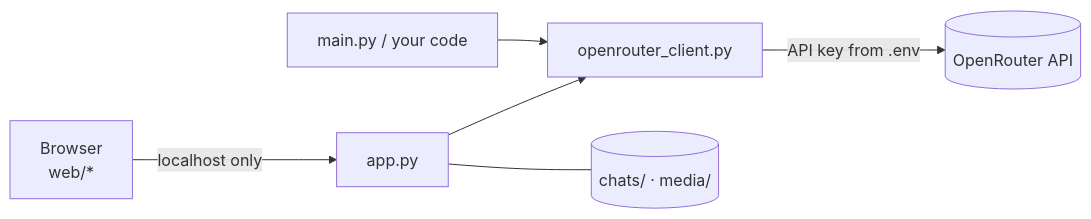
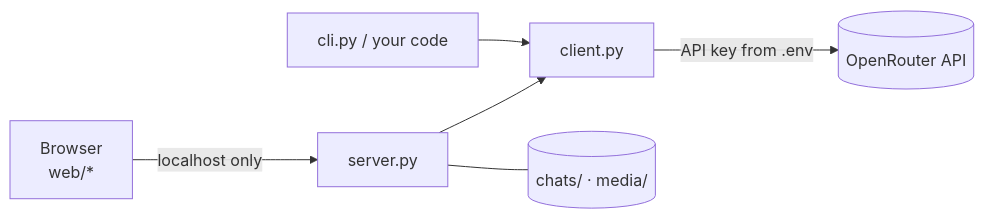
Before and after one commit to abmohajeri/openrouter-studio: the diagram in README.md, drawn with Mermaid. The commit also changed other lines of this file and 17 other files, not shown here.

````diff
--- a/README.md
+++ b/README.md
@@ -314,8 +324,8 @@
 ```mermaid
 flowchart LR
-    B["Browser<br/>web/*"] -- "localhost only" --> S["app.py"]
-    C["main.py / your code"] --> L["openrouter_client.py"]
+    B["Browser<br/>web/*"] -- "localhost only" --> S["server.py"]
+    C["cli.py / your code"] --> L["client.py"]
     S --> L
     L -- "API key from .env" --> O[("OpenRouter API")]
     S --- D[("chats/ · media/")]
 ```
````
